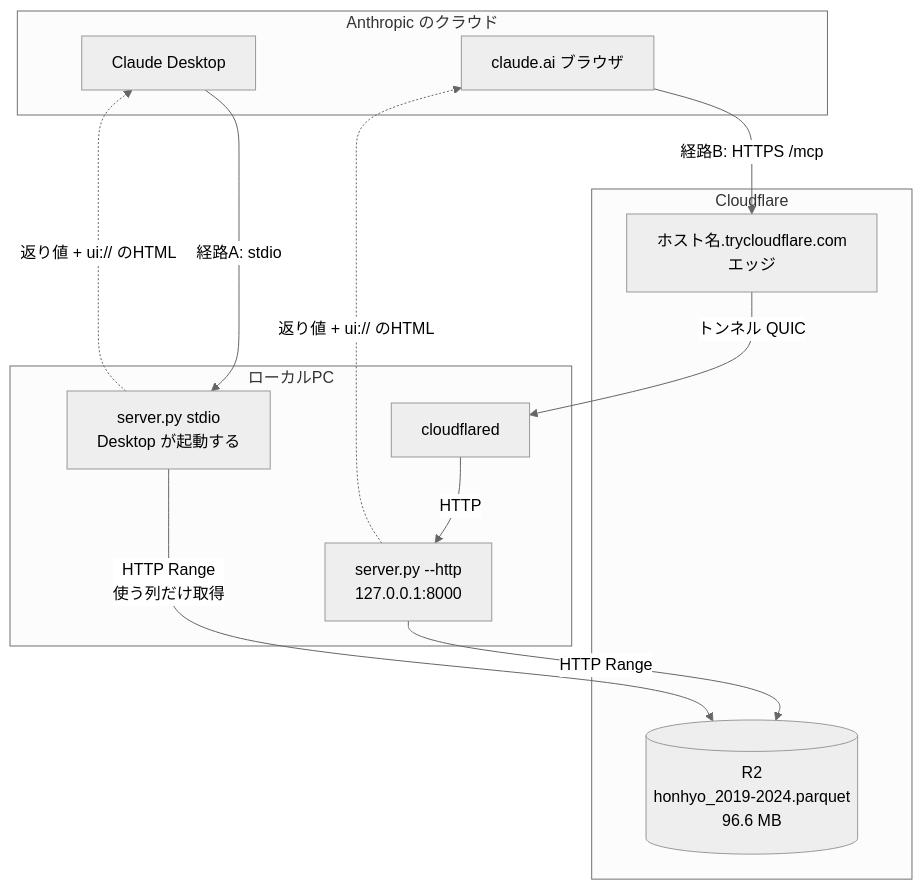
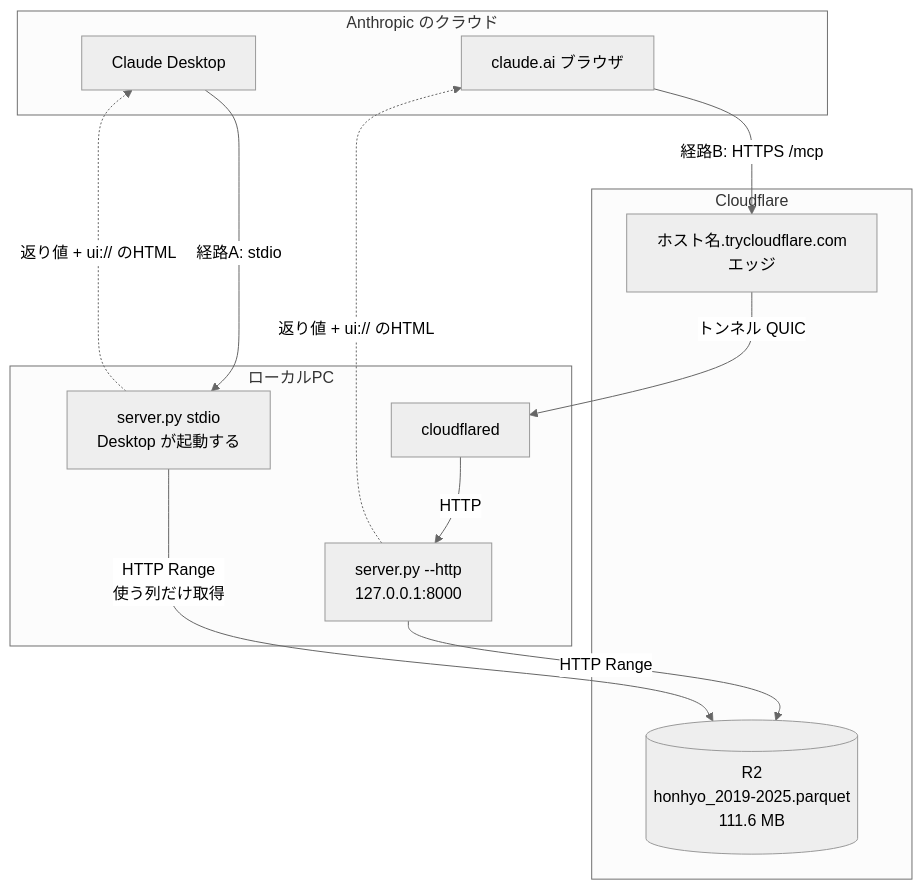
Before and after one commit to shiwaku/npa-traffic-accident-analytics: the diagram in docs/REMOTE_CONNECTOR.md, drawn with Mermaid (neutral theme). The commit also changed 14 other files, not shown here.

````diff
--- a/docs/REMOTE_CONNECTOR.md
+++ b/docs/REMOTE_CONNECTOR.md
@@ -16,29 +16,29 @@
 ```mermaid
 flowchart TB
     subgraph anthropic["Anthropic のクラウド"]
         desktop["Claude Desktop"]
         web["claude.ai ブラウザ"]
     end
 
     subgraph pc["ローカルPC"]
         tunnel["cloudflared"]
         stdio["server.py stdio<br/>Desktop が起動する"]
         http["server.py --http<br/>127.0.0.1:8000"]
     end
 
     subgraph cf["Cloudflare"]
         edge["ホスト名.trycloudflare.com<br/>エッジ"]
-        r2[("R2<br/>honhyo_2019-2024.parquet<br/>96.6 MB")]
+        r2[("R2<br/>honhyo_2019-2025.parquet<br/>111.6 MB")]
     end
 
     desktop -->|"経路A: stdio"| stdio
     web -->|"経路B: HTTPS /mcp"| edge
     edge -->|"トンネル QUIC"| tunnel
     tunnel -->|"HTTP"| http
 
     stdio -->|"HTTP Range<br/>使う列だけ取得"| r2
     http -->|"HTTP Range"| r2
 
     stdio -.->|"返り値 + ui:// のHTML"| desktop
     http -.->|"返り値 + ui:// のHTML"| web
 ```
````
